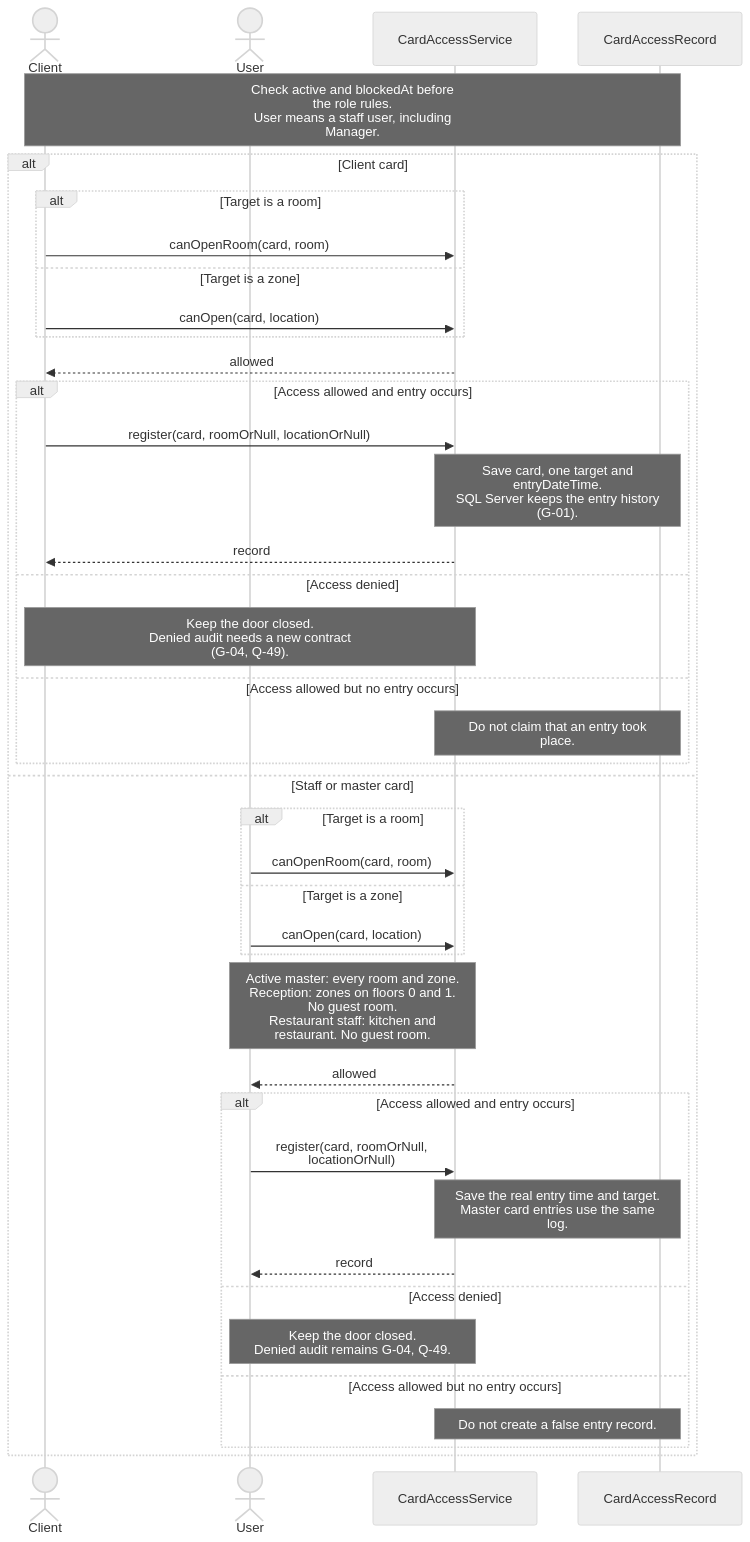
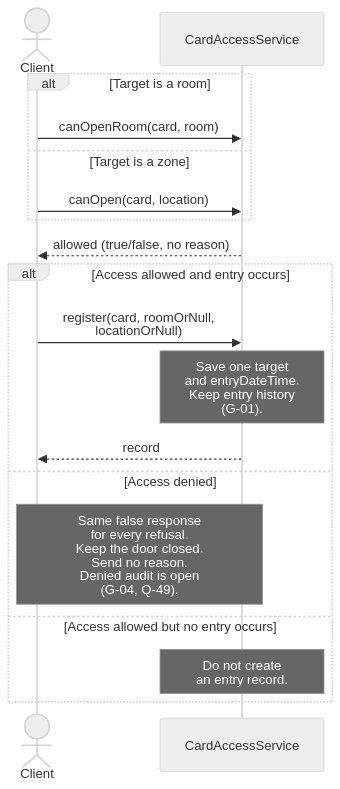
The second of 2 diagrams in docs/uml/sequence-diagrams.md (BorjaTiago/hotel4you), drawn with Mermaid before and after one commit. The commit also changed other lines of this file and 3 other files, not shown here.

Commit message:
H4Y-8 simplify sequence diagrams after review

````diff
--- a/docs/uml/sequence-diagrams.md
+++ b/docs/uml/sequence-diagrams.md
@@ -231,43 +75,21 @@
 ```mermaid
 %%{init: {"theme":"neutral","fontFamily":"Arial","sequence":{"actorFontFamily":"Arial","noteFontFamily":"Arial","messageFontFamily":"Arial","width":200,"wrap":true}}}%%
 sequenceDiagram
     actor Client
-    actor User
     participant CAS as CardAccessService
-    participant Log as CardAccessRecord
-    Note over Client,Log: Check active and blockedAt before<br/>the role rules.<br/>User means a staff user, including<br/>Manager.
-    alt Client card
-        alt Target is a room
-            Client->>CAS: canOpenRoom(card, room)
-        else Target is a zone
-            Client->>CAS: canOpen(card, location)
-        end
-        CAS-->>Client: allowed
-        alt Access allowed and entry occurs
-            Client->>CAS: register(card, roomOrNull, locationOrNull)
-            Note over CAS,Log: Save card, one target and<br/>entryDateTime.<br/>SQL Server keeps the entry history<br/>(G-01).
-            CAS-->>Client: record
-        else Access denied
-            Note over Client,CAS: Keep the door closed.<br/>Denied audit needs a new contract<br/>(G-04, Q-49).
-        else Access allowed but no entry occurs
-            Note over CAS,Log: Do not claim that an entry took<br/>place.
-        end
-    else Staff or master card
-        alt Target is a room
-            User->>CAS: canOpenRoom(card, room)
-        else Target is a zone
-            User->>CAS: canOpen(card, location)
-        end
-        Note over User,CAS: Active master: every room and zone.<br/>Reception: zones on floors 0 and 1.<br/>No guest room.<br/>Restaurant staff: kitchen and<br/>restaurant. No guest room.
-        CAS-->>User: allowed
-        alt Access allowed and entry occurs
-            User->>CAS: register(card, roomOrNull, locationOrNull)
-            Note over CAS,Log: Save the real entry time and target.<br/>Master card entries use the same<br/>log.
-            CAS-->>User: record
-        else Access denied
-            Note over User,CAS: Keep the door closed.<br/>Denied audit remains G-04, Q-49.
-        else Access allowed but no entry occurs
-            Note over CAS,Log: Do not create a false entry record.
-        end
+    alt Target is a room
+        Client->>CAS: canOpenRoom(card, room)
+    else Target is a zone
+        Client->>CAS: canOpen(card, location)
+    end
+    CAS-->>Client: allowed (true/false, no reason)
+    alt Access allowed and entry occurs
+        Client->>CAS: register(card, roomOrNull, locationOrNull)
+        Note over CAS: Save one target<br/>and entryDateTime.<br/>Keep entry history<br/>(G-01).
+        CAS-->>Client: record
+    else Access denied
+        Note over Client,CAS: Same false response<br/>for every refusal.<br/>Keep the door closed.<br/>Send no reason.<br/>Denied audit is open<br/>(G-04, Q-49).
+    else Access allowed but no entry occurs
+        Note over CAS: Do not create<br/>an entry record.
     end
 ```
````
